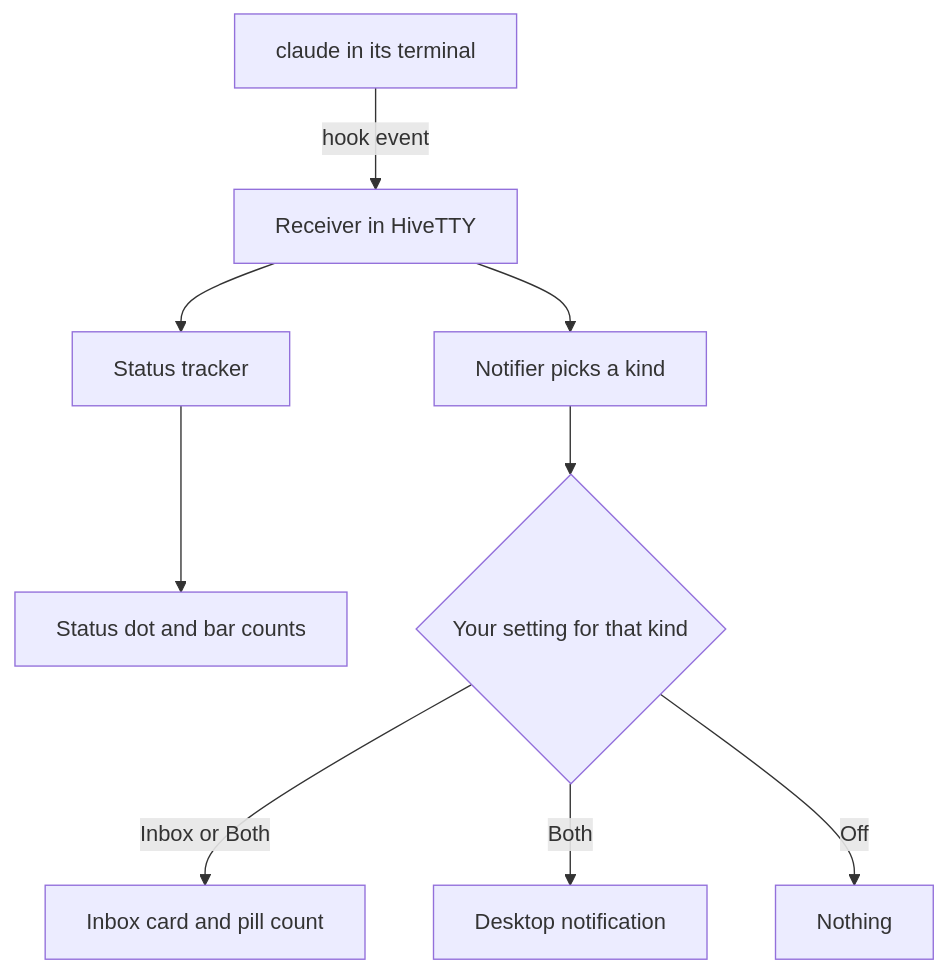
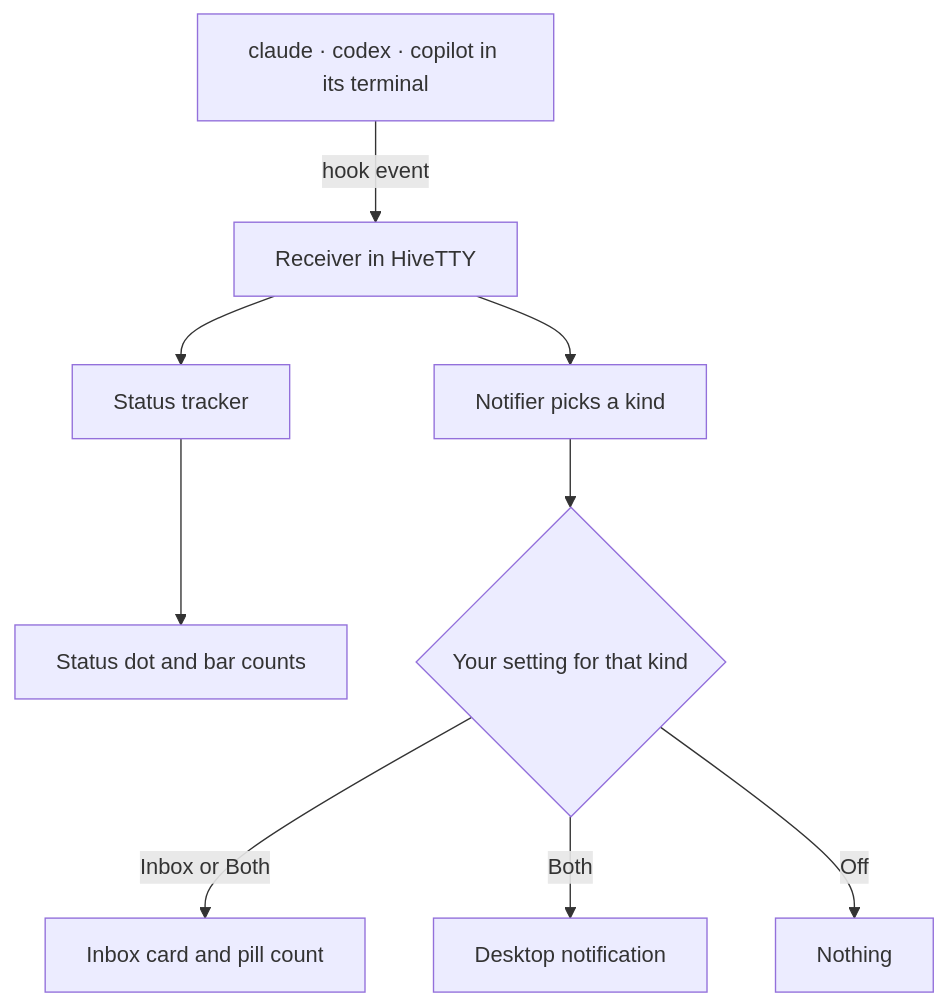
One commit to behiques/hivetty changed the diagram in docs/assets/diagrams/inbox.mmd. Above: the diagram before and after it, drawn with Mermaid. The commit also changed 67 other files, not shown here.

First line of the commit message:
HiveTTY Pro: proprietary licence, multi-CLI docs, retaken images (#254)

```diff
--- a/docs/assets/diagrams/inbox.mmd
+++ b/docs/assets/diagrams/inbox.mmd
@@ -1,9 +1,9 @@
 flowchart TD
-  claude[claude in its terminal] -->|hook event| rcv[Receiver in HiveTTY]
+  claude[claude · codex · copilot in its terminal] -->|hook event| rcv[Receiver in HiveTTY]
   rcv --> trk[Status tracker]
   trk --> dot[Status dot and bar counts]
   rcv --> ntf[Notifier picks a kind]
   ntf --> pref{Your setting for that kind}
   pref -->|Inbox or Both| card[Inbox card and pill count]
   pref -->|Both| toast[Desktop notification]
   pref -->|Off| none[Nothing]
```
